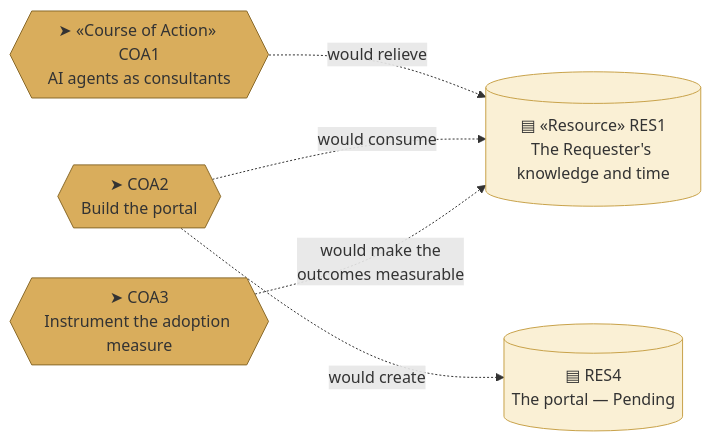
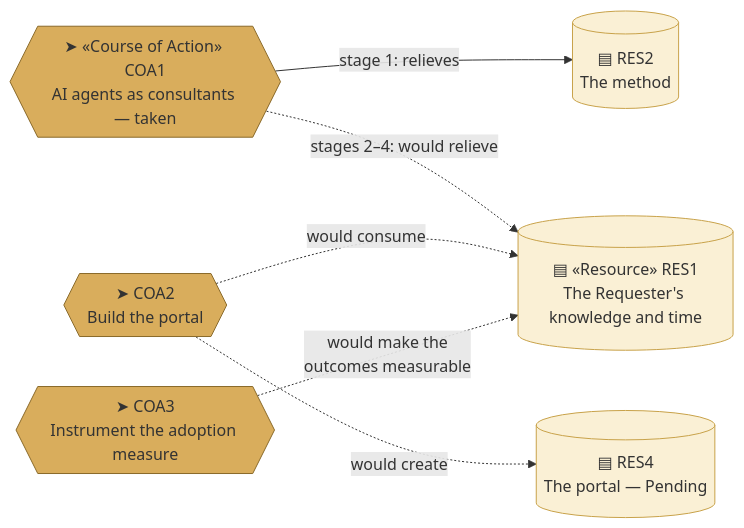
One commit to roanboc/architecture-archreator changed the sixth of 6 diagrams in organization/docs/ea/1_strategy/2_capabilities-and-resources.md. Above: the diagram before and after it, drawn with Mermaid. The commit also changed other lines of this file and 18 other files, not shown here.

First line of the commit message:
feat: take COA1, and build the mechanism its first stage needs

````diff
--- a/organization/docs/ea/1_strategy/2_capabilities-and-resources.md
+++ b/organization/docs/ea/1_strategy/2_capabilities-and-resources.md
@@ -267,17 +277,19 @@
 ```mermaid
 flowchart LR
-  coa1{{"➤ «Course of Action» COA1<br>AI agents as consultants"}}:::action
+  coa1{{"➤ «Course of Action» COA1<br>AI agents as consultants — taken"}}:::action
   coa2{{"➤ COA2<br>Build the portal"}}:::action
   coa3{{"➤ COA3<br>Instrument the adoption measure"}}:::action
 
   res1[("▤ «Resource» RES1<br>The Requester's knowledge and time")]:::resource
+  res2[("▤ RES2<br>The method")]:::resource
   res4[("▤ RES4<br>The portal — Pending")]:::resource
 
-  coa1 -.->|would relieve| res1
+  coa1 -->|stage 1: relieves| res2
+  coa1 -.->|stages 2–4: would relieve| res1
   coa2 -.->|would create| res4
   coa2 -.->|would consume| res1
   coa3 -.->|would make the<br>outcomes measurable| res1
 
   classDef action fill:#d9ad5c,stroke:#8a6a2a,color:#333
   classDef resource fill:#faf0d5,stroke:#c8a24a,color:#333
 ```
````
